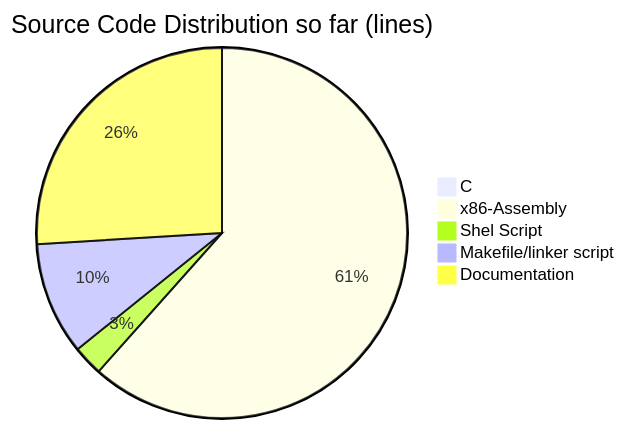
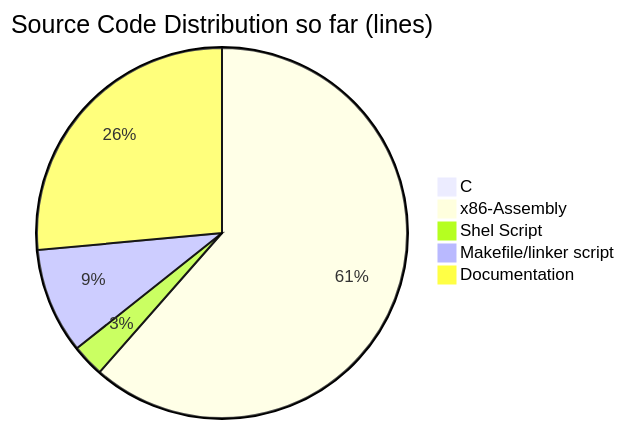
Before and after one commit to rossanx/akfs: the diagram in README.md, drawn with Mermaid.

Commit message:
README.md - Updated source code statistics

````diff
--- a/README.md
+++ b/README.md
@@ -13,8 +13,8 @@
 ```mermaid
 pie title Source Code Distribution so far (lines)
     "C" :  19
-    "x86-Assembly" :  4966
-    "Shel Script" :  212
-    "Makefile/linker script" :  792
-    "Documentation" :  2094
+    "x86-Assembly" :  5510
+    "Shel Script" :  254
+    "Makefile/linker script" :  826
+    "Documentation" :  2372
 ```
````
